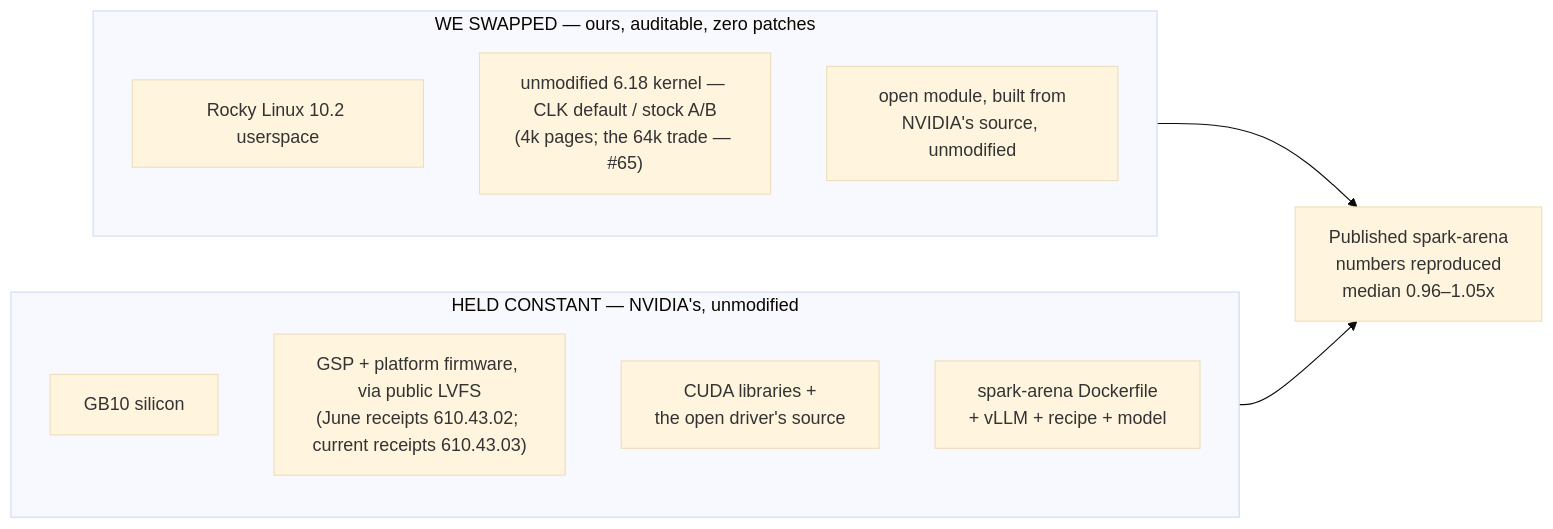
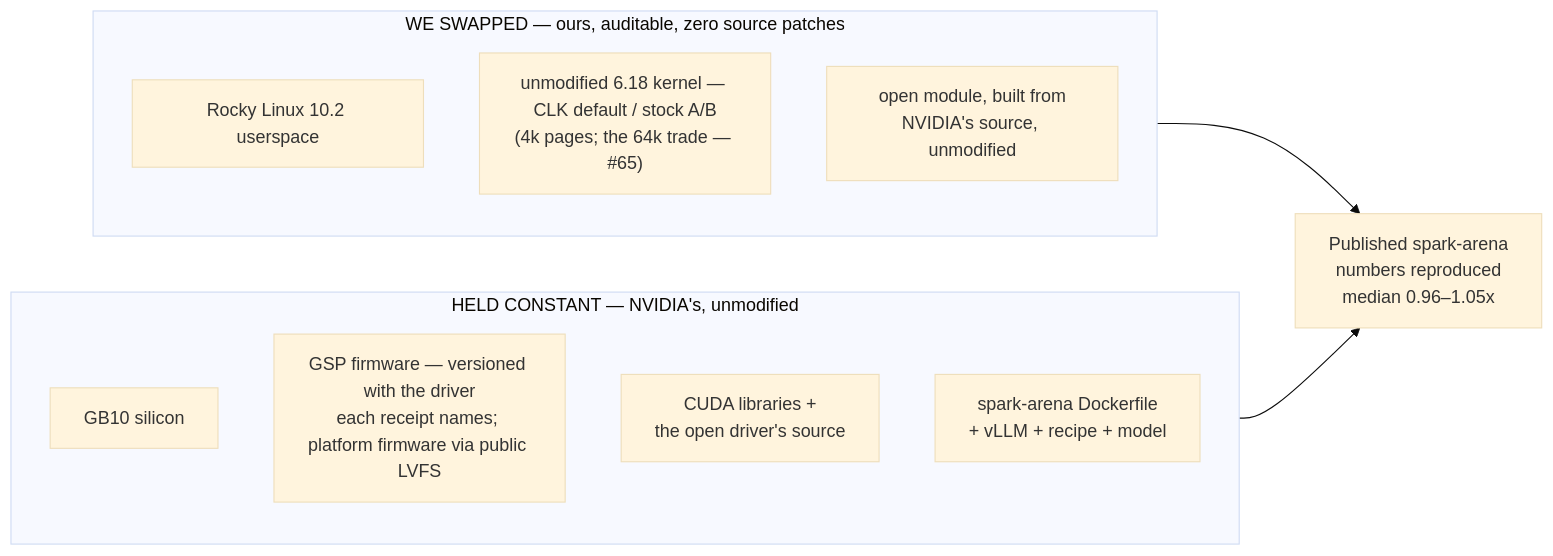
One commit to maxspevack/spark-rocky changed the diagram in docs/benchmark/proof.md. Above: the diagram before and after it, drawn with Mermaid (base theme). The commit also changed other lines of this file and 3 other files, not shown here.

````diff
--- a/docs/benchmark/proof.md
+++ b/docs/benchmark/proof.md
@@ -38,18 +45,18 @@
 ```mermaid
 graph LR
     subgraph held["HELD CONSTANT — NVIDIA's, unmodified"]
         direction TB
         A["GB10 silicon"]
-        B["GSP + platform firmware, via public LVFS<br/>(June receipts 610.43.02; current receipts 610.43.03)"]
+        B["GSP firmware — versioned with the driver<br/>each receipt names; platform firmware via public LVFS"]
         C["CUDA libraries +<br/>the open driver's source"]
         D["spark-arena Dockerfile<br/>+ vLLM + recipe + model"]
     end
-    subgraph swapped["WE SWAPPED — ours, auditable, zero patches"]
+    subgraph swapped["WE SWAPPED — ours, auditable, zero source patches"]
         direction TB
         E["Rocky Linux 10.2 userspace"]
         F["unmodified 6.18 kernel — CLK default / stock A/B<br/>(4k pages; the 64k trade — #65)"]
         G["open module, built from<br/>NVIDIA's source, unmodified"]
     end
     swapped --> R["Published spark-arena<br/>numbers reproduced<br/>median 0.96–1.05x"]
     held --> R
 ```
````
